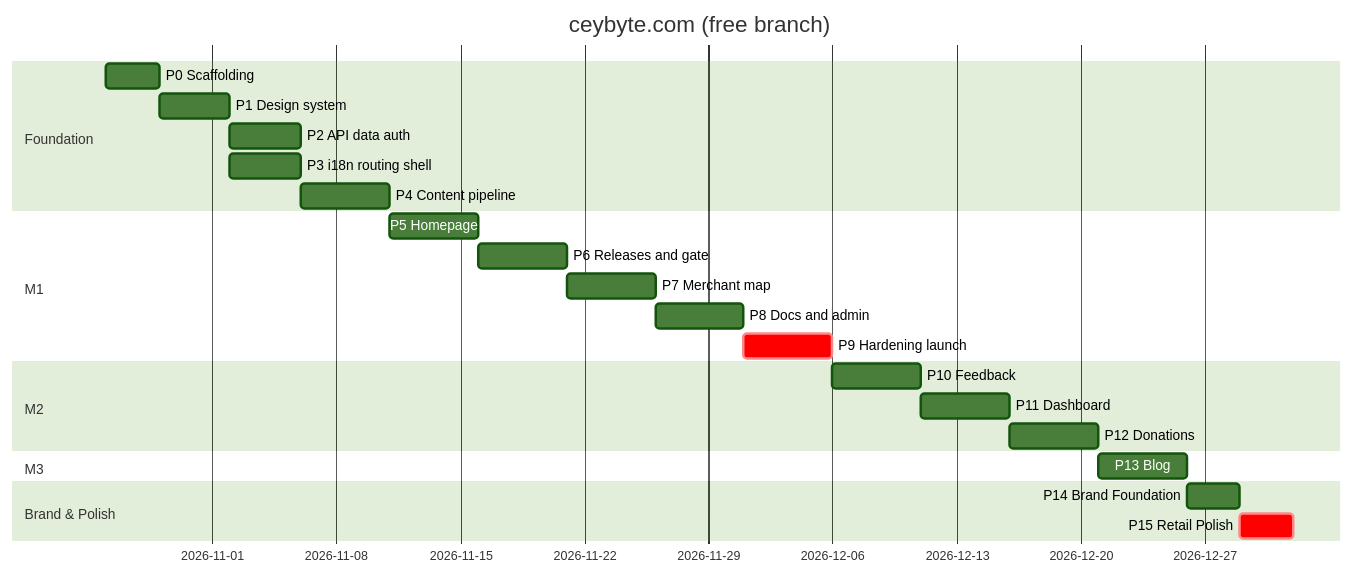
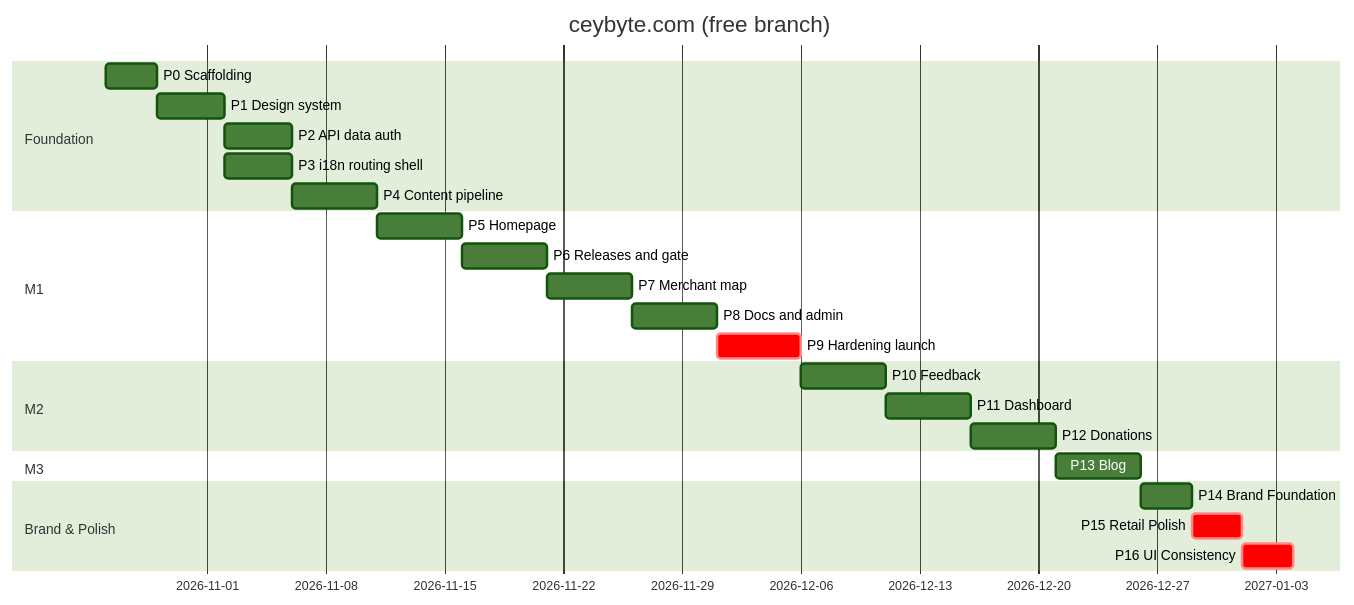
One commit to ceybyte/CeyByte.com changed the diagram in docs/07-IMPLEMENTATION_PLAN.md. Above: the diagram before and after it, drawn with Mermaid (forest theme). The commit also changed other lines of this file and 1 other file, not shown here.

````diff
--- a/docs/07-IMPLEMENTATION_PLAN.md
+++ b/docs/07-IMPLEMENTATION_PLAN.md
@@ -36,26 +37,27 @@
 ```mermaid
 gantt
   dateFormat  YYYY-MM-DD
   title ceybyte.com (free branch)
   section Foundation
   P0 Scaffolding        :p0, 2026-10-26, 3d
   P1 Design system      :p1, after p0, 4d
   P2 API data auth      :p2, after p1, 4d
   P3 i18n routing shell :p3, after p1, 4d
   P4 Content pipeline   :p4, after p3, 5d
   section M1
   P5 Homepage           :p5, after p4, 5d
   P6 Releases and gate  :p6, after p5, 5d
   P7 Merchant map       :p7, after p6, 5d
   P8 Docs and admin     :p8, after p7, 5d
   P9 Hardening launch   :crit, p9, after p8, 5d
   section M2
   P10 Feedback          :p10, after p9, 5d
   P11 Dashboard         :p11, after p10, 5d
   P12 Donations         :p12, after p11, 5d
   section M3
   P13 Blog              :p13, after p12, 5d
   section Brand & Polish
   P14 Brand Foundation  :p14, after p13, 3d
   P15 Retail Polish     :crit, p15, after p14, 3d
+  P16 UI Consistency    :crit, p16, after p15, 3d
 ```
````
